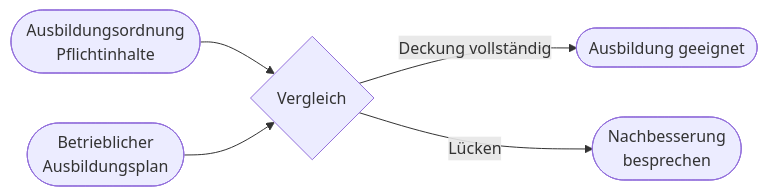
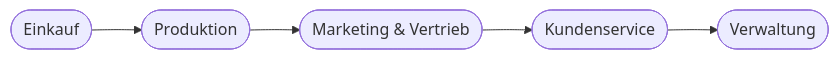
Before and after one commit to Qualidy/Prompt-Engineering-KI-in-der-Arbeitswelt: the diagram in docs/content/kapitel3.md, drawn with Mermaid. The commit also changed other lines of this file and 259 other files, not shown here.

````diff
--- a/docs/content/kapitel3.md
+++ b/docs/content/kapitel3.md
@@ -85,7 +32,7 @@
 ```mermaid
 flowchart LR
-    AO([Ausbildungsordnung\nPflichtinhalte]) --> V{Vergleich}
-    BAP([Betrieblicher\nAusbildungsplan]) --> V
-    V -->|Deckung vollständig| OK([Ausbildung geeignet])
-    V -->|Lücken| N([Nachbesserung\nbesprechen])
+    A([Einkauf]) --> B([Produktion])
+    B --> C([Marketing & Vertrieb])
+    C --> D([Kundenservice])
+    D --> E([Verwaltung])
 ```
````
